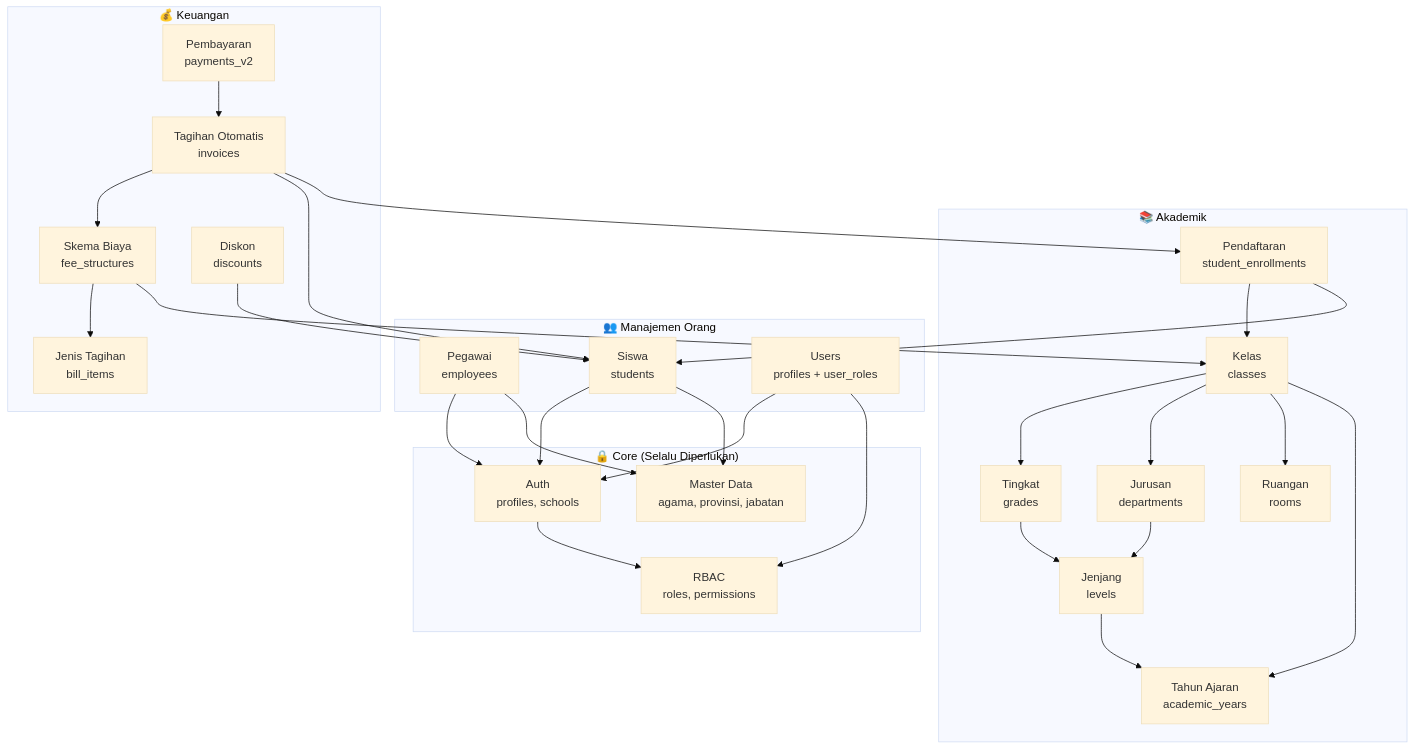
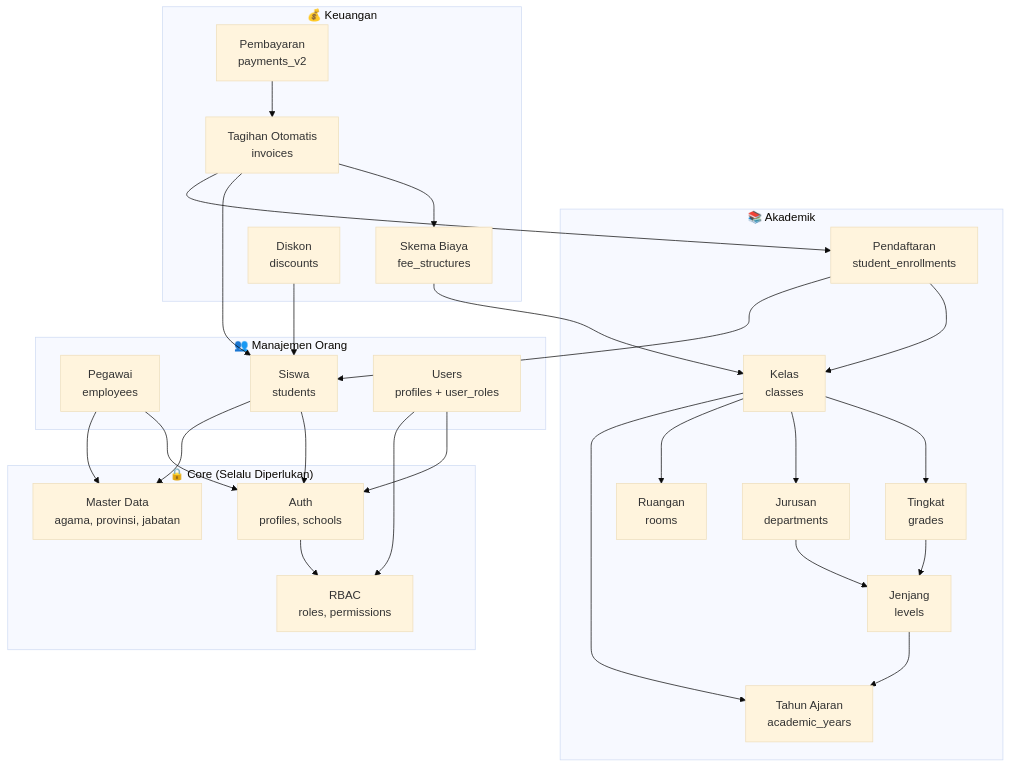
Before and after one commit to sandiaddiyat/erp-sekolah-be: the fourth of 5 diagrams in knowledge/ARCHITECTURE.md, drawn with Mermaid (base theme). The commit also changed other lines of this file and 19 other files, not shown here.

````diff
--- a/knowledge/ARCHITECTURE.md
+++ b/knowledge/ARCHITECTURE.md
@@ -382,63 +381,61 @@
 ```mermaid
 graph TD
     subgraph Core["🔒 Core (Selalu Diperlukan)"]
         AUTH["Auth<br/>profiles, schools"]
         RBAC["RBAC<br/>roles, permissions"]
         MASTER["Master Data<br/>agama, provinsi, jabatan"]
     end
 
     subgraph People["👥 Manajemen Orang"]
         PEGAWAI["Pegawai<br/>employees"]
         SISWA["Siswa<br/>students"]
         USERS["Users<br/>profiles + user_roles"]
     end
 
     subgraph Academic["📚 Akademik"]
         TAHUN["Tahun Ajaran<br/>academic_years"]
         JENJANG["Jenjang<br/>levels"]
         TINGKAT["Tingkat<br/>grades"]
         JURUSAN["Jurusan<br/>departments"]
         RUANGAN["Ruangan<br/>rooms"]
         KELAS["Kelas<br/>classes"]
         ENROLL["Pendaftaran<br/>student_enrollments"]
     end
 
     subgraph Finance["💰 Keuangan"]
-        BILL_ITEM["Jenis Tagihan<br/>bill_items"]
         FEE["Skema Biaya<br/>fee_structures"]
         INVOICE["Tagihan Otomatis<br/>invoices"]
         DISCOUNT["Diskon<br/>discounts"]
         PAYMENT["Pembayaran<br/>payments_v2"]
     end
 
     %% Core dependencies
     AUTH --> RBAC
     USERS --> AUTH
     USERS --> RBAC
 
     %% People → Core
     PEGAWAI --> AUTH
     PEGAWAI --> MASTER
     SISWA --> AUTH
     SISWA --> MASTER
 
     %% Academic hierarchy
     JENJANG --> TAHUN
     TINGKAT --> JENJANG
     JURUSAN --> JENJANG
     KELAS --> TINGKAT
     KELAS --> JURUSAN
     KELAS --> RUANGAN
     KELAS --> TAHUN
     ENROLL --> KELAS
     ENROLL --> SISWA
 
     %% Finance dependencies
-    FEE --> BILL_ITEM
     FEE --> KELAS
     INVOICE --> FEE
     INVOICE --> SISWA
     INVOICE --> ENROLL
     DISCOUNT --> SISWA
     PAYMENT --> INVOICE
 ```
````
